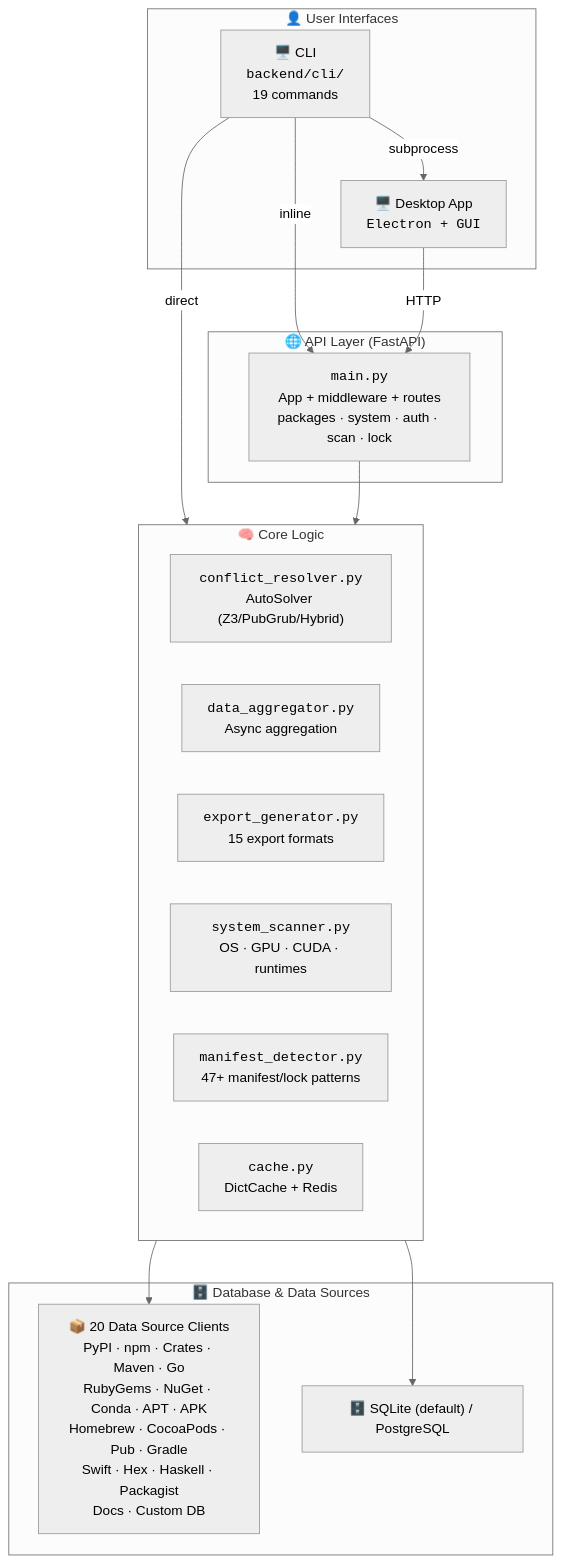
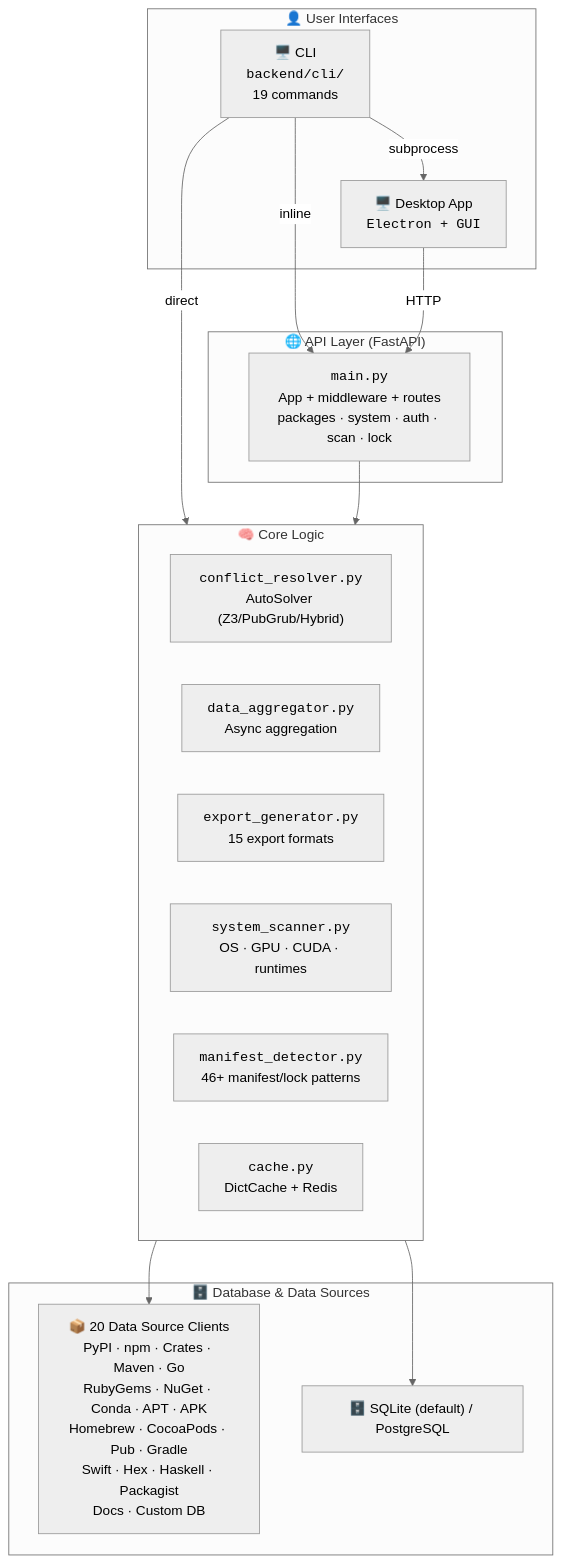
Before and after one commit to code-with-zeeshan/universal-dependency-resolver: the second of 2 diagrams in docs/USER_GUIDE.md, drawn with Mermaid (neutral theme). The commit also changed other lines of this file and 64 other files, not shown here.

````diff
--- a/docs/USER_GUIDE.md
+++ b/docs/USER_GUIDE.md
@@ -168,33 +168,33 @@
 ```mermaid
 graph TB
     subgraph UserLayer["👤 User Interfaces"]
         CLI["🖥️ CLI<br/><code>backend/cli/</code><br/>19 commands"]
         DESKTOP["🖥️ Desktop App<br/><code>Electron + GUI</code>"]
     end
 
     subgraph APILayer["🌐 API Layer (FastAPI)"]
         API["<code>main.py</code><br/>App + middleware + routes<br/>packages · system · auth · scan · lock"]
     end
 
     subgraph CoreLayer["🧠 Core Logic"]
         CR["<code>conflict_resolver.py</code><br/>AutoSolver (Z3/PubGrub/Hybrid)"]
         DA["<code>data_aggregator.py</code><br/>Async aggregation"]
         EG["<code>export_generator.py</code><br/>15 export formats"]
         SS["<code>system_scanner.py</code><br/>OS · GPU · CUDA · runtimes"]
-        MD["<code>manifest_detector.py</code><br/>47+ manifest/lock patterns"]
+        MD["<code>manifest_detector.py</code><br/>46+ manifest/lock patterns"]
         CACHE["<code>cache.py</code><br/>DictCache + Redis"]
     end
 
     subgraph DBLayer["🗄️ Database & Data Sources"]
         DS["📦 20 Data Source Clients<br/>PyPI · npm · Crates · Maven · Go<br/>RubyGems · NuGet · Conda · APT · APK<br/>Homebrew · CocoaPods · Pub · Gradle<br/>Swift · Hex · Haskell · Packagist<br/>Docs · Custom DB"]
         DB["🗄️ SQLite (default) / PostgreSQL"]
     end
 
     CLI -->|"inline"| API
     CLI -->|"direct"| CoreLayer
     CLI -->|"subprocess"| DESKTOP
     DESKTOP -->|"HTTP"| API
     API --> CoreLayer
     CoreLayer --> DS
     CoreLayer --> DB
 ```
````
